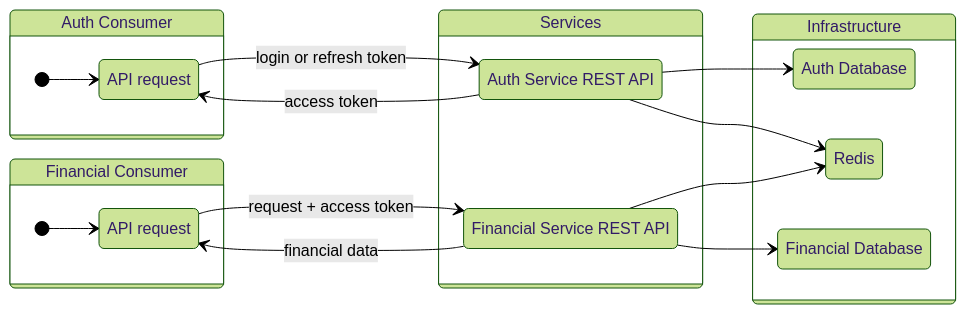
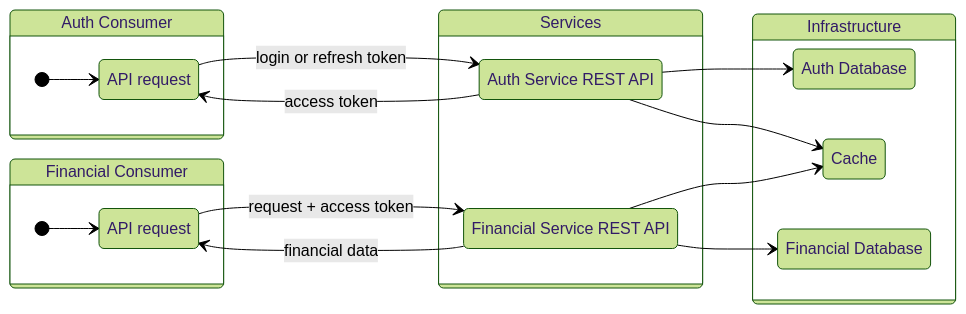
Before and after one commit to shimisnow/poc-nestjs: the first of 2 diagrams in README.md, drawn with Mermaid (forest theme). The commit also changed other lines of this file and 3 other files, not shown here.

````diff
--- a/README.md
+++ b/README.md
@@ -41,34 +41,35 @@
 ```mermaid
 stateDiagram-v2
 direction LR
 
 state "Auth Consumer" as auth_consumer_group {
     state "API request" as auth_consumer_api_call
     [*] --> auth_consumer_api_call
-    auth_consumer_api_call --> auth: login or refresh token
-    auth --> auth_consumer_api_call: access token
 }
 
 state "Financial Consumer" as financial_consumer_group {
     state "API request" as financial_consumer_api_call
     [*] --> financial_consumer_api_call
-    financial_consumer_api_call --> financial: request + access token
-    financial --> financial_consumer_api_call: financial data
 }
 
 state "Services" as service {
     state "Auth Service REST API" as auth
     state "Financial Service REST API" as financial
 }
 
+auth_consumer_api_call --> auth: login or refresh token
+auth --> auth_consumer_api_call: access token
+financial_consumer_api_call --> financial: request + access token
+financial --> financial_consumer_api_call: financial data
+
 state "Infrastructure" as storage {
     state "Auth Database" as auth_db
-    state "Redis" as redis
+    state "Cache" as cache
     state "Financial Database" as financial_db
 }
 
 auth --> auth_db
-auth --> redis
-financial --> redis
+auth --> cache
+financial --> cache
 financial --> financial_db
 ```
````
